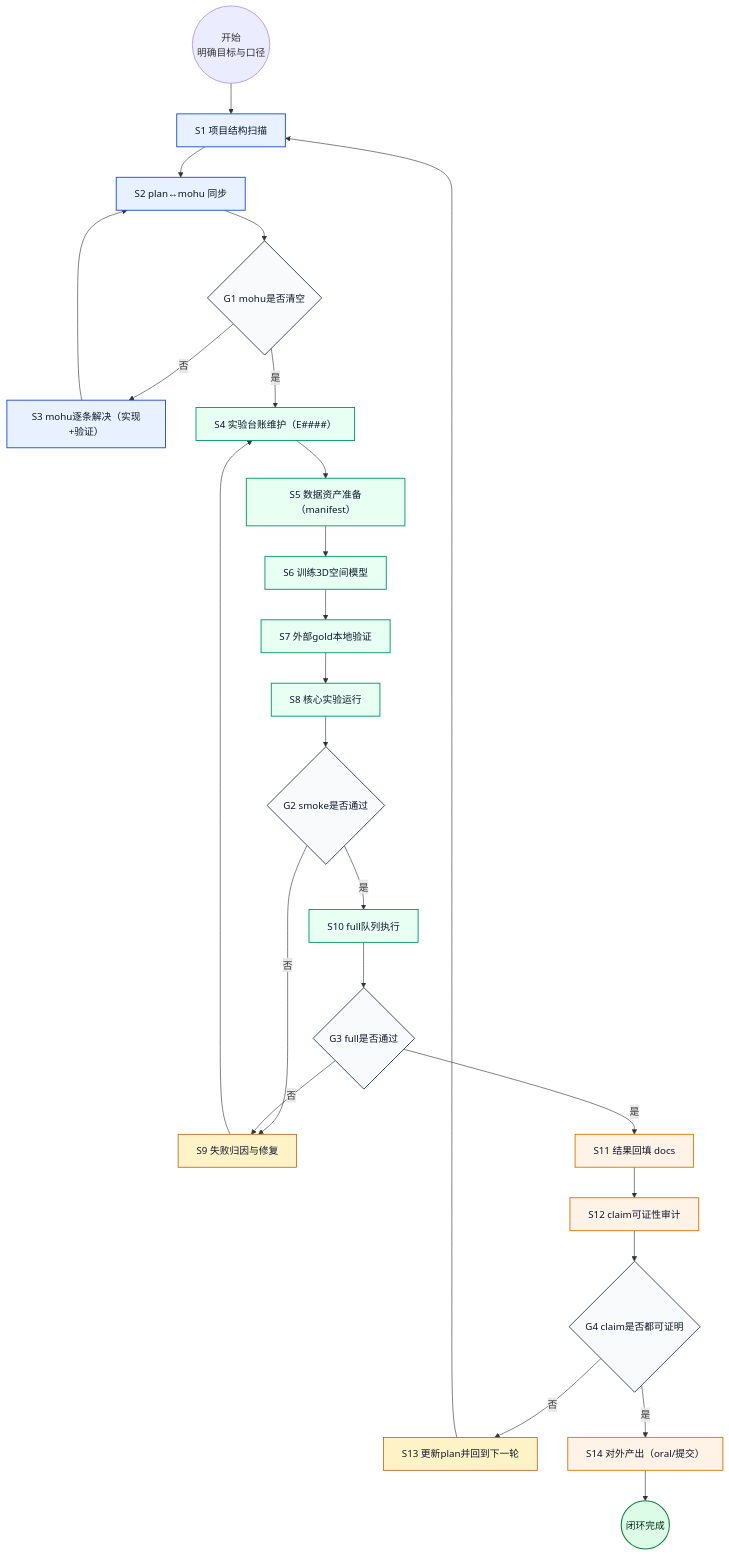
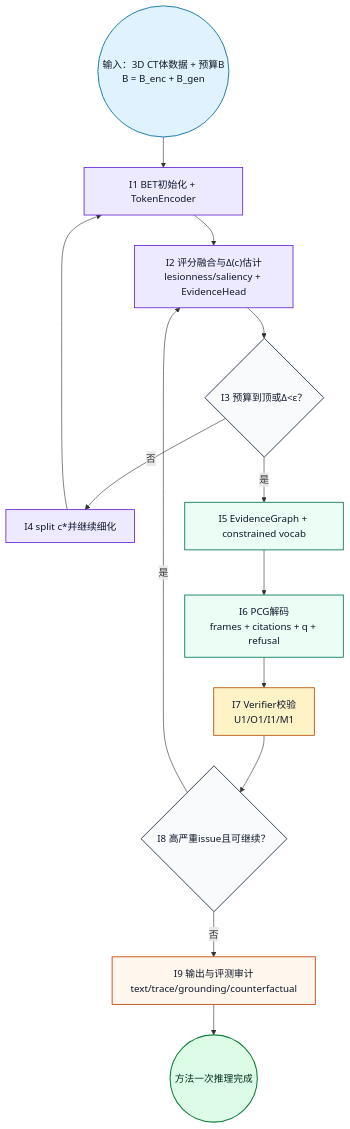
The diagram in README.md (Ricardo-ChenTY/ProveTok), drawn with Mermaid before and after one commit. The commit also changed other lines of this file and 2 other files, not shown here.

Commit message:
Add Chinese method pipeline diagram and update README

````diff
--- a/README.md
+++ b/README.md
@@ -24,40 +24,28 @@
 ```mermaid
 flowchart TB
-classDef plan fill:#E8F1FF,stroke:#1D4ED8,stroke-width:1.5px,color:#0F172A;
-classDef exp fill:#E8FFF3,stroke:#059669,stroke-width:1.5px,color:#0F172A;
-classDef proof fill:#FFF3E8,stroke:#D97706,stroke-width:1.5px,color:#0F172A;
-classDef gate fill:#F8FAFC,stroke:#334155,stroke-width:1.5px,color:#0F172A;
-classDef loop fill:#FEF3C7,stroke:#B45309,stroke-width:1.2px,color:#0F172A;
+classDef data fill:#E0F2FE,stroke:#0369A1,stroke-width:1.4px,color:#0F172A;
+classDef bet fill:#EDE9FE,stroke:#6D28D9,stroke-width:1.4px,color:#0F172A;
+classDef gen fill:#ECFDF5,stroke:#047857,stroke-width:1.4px,color:#0F172A;
+classDef verify fill:#FEF3C7,stroke:#B45309,stroke-width:1.4px,color:#0F172A;
+classDef gate fill:#F8FAFC,stroke:#334155,stroke-width:1.6px,color:#0F172A;
+classDef artifact fill:#FFF7ED,stroke:#C2410C,stroke-width:1.4px,color:#0F172A;
 classDef terminal fill:#DCFCE7,stroke:#15803D,stroke-width:1.8px,color:#052E16;
 
-Start((开始<br/>明确目标与口径))
-S1["S1 项目结构扫描"]:::plan
-S2["S2 plan↔mohu 同步"]:::plan
-G1{"G1 mohu是否清空"}:::gate
-S3["S3 mohu逐条解决（实现+验证）"]:::plan
-S4["S4 实验台账维护（E####）"]:::exp
-S5["S5 数据资产准备（manifest）"]:::exp
-S6["S6 训练3D空间模型"]:::exp
-S7["S7 外部gold本地验证"]:::exp
-S8["S8 核心实验运行"]:::exp
-G2{"G2 smoke是否通过"}:::gate
-S9["S9 失败归因与修复"]:::loop
-S10["S10 full队列执行"]:::exp
-G3{"G3 full是否通过"}:::gate
-S11["S11 结果回填 docs"]:::proof
-S12["S12 claim可证性审计"]:::proof
-G4{"G4 claim是否都可证明"}:::gate
-S13["S13 更新plan并回到下一轮"]:::loop
-S14["S14 对外产出（oral/提交）"]:::proof
-Done((闭环完成)):::terminal
+Start((输入：3D CT体数据 + 预算B<br/>B = B_enc + B_gen)):::data
+I1["I1 BET初始化 + TokenEncoder"]:::bet
+I2["I2 评分融合与Δ(c)估计<br/>lesionness/saliency + EvidenceHead"]:::bet
+G1{"I3 预算到顶或Δ<ε？"}:::gate
+I3["I4 split c*并继续细化"]:::bet
+I4["I5 EvidenceGraph + constrained vocab"]:::gen
+I5["I6 PCG解码<br/>frames + citations + q + refusal"]:::gen
+I6["I7 Verifier校验<br/>U1/O1/I1/M1"]:::verify
+G2{"I8 高严重issue且可继续？"}:::gate
+I7["I9 输出与评测审计<br/>text/trace/grounding/counterfactual"]:::artifact
+Done((方法一次推理完成)):::terminal
 
-Start --> S1 --> S2 --> G1
-G1 -- 否 --> S3 --> S2
-G1 -- 是 --> S4 --> S5 --> S6 --> S7 --> S8 --> G2
-G2 -- 否 --> S9 --> S4
-G2 -- 是 --> S10 --> G3
-G3 -- 否 --> S9
-G3 -- 是 --> S11 --> S12 --> G4
-G4 -- 否 --> S13 --> S1
-G4 -- 是 --> S14 --> Done
+Start --> I1 --> I2 --> G1
+G1 -- 否 --> I3 --> I1
+G1 -- 是 --> I4 --> I5 --> I6 --> G2
+G2 -- 是 --> I2
+G2 -- 否 --> I7 --> Done
 ```
````
